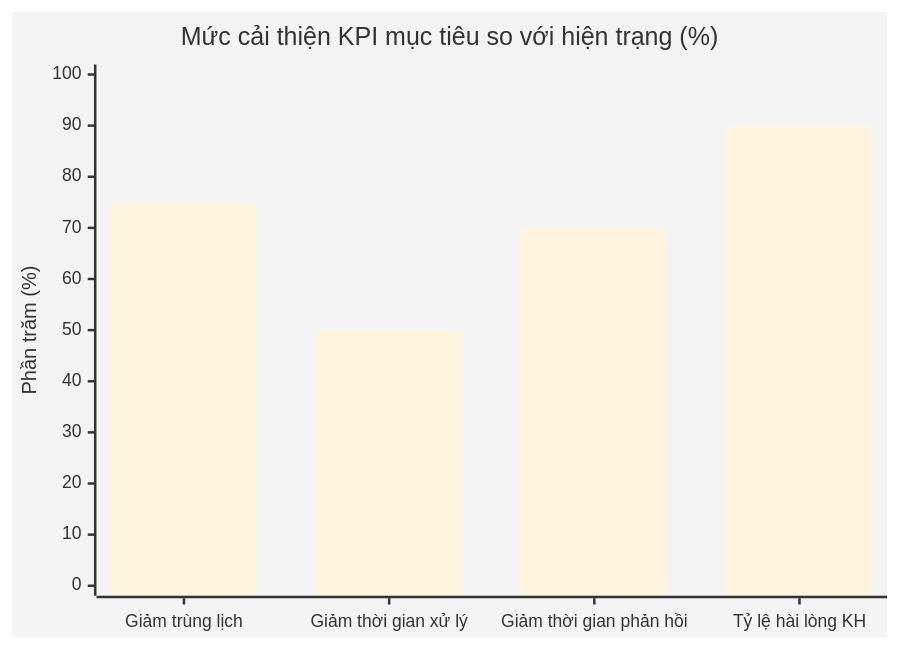
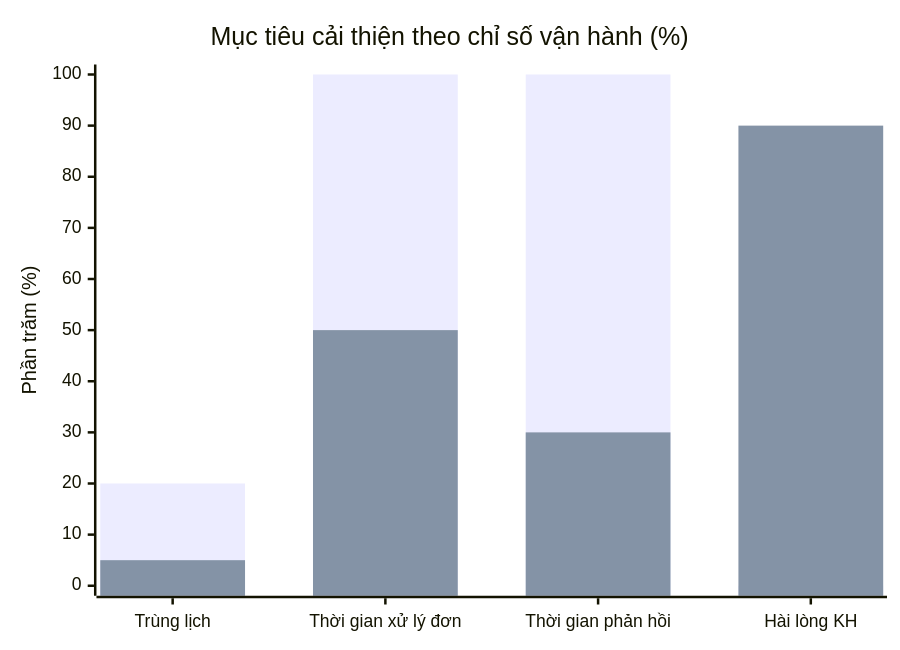
The first of 3 diagrams in README.md (QAnh299/Studio-STARGAZER), drawn with Mermaid before and after one commit. The commit also changed other lines of this file, not shown here.

````diff
--- a/README.md
+++ b/README.md
@@ -38,8 +36,8 @@
 ```mermaid
-%%{init: {'theme': 'base'} }%%
 xychart-beta
-    title "Mức cải thiện KPI mục tiêu so với hiện trạng (%)"
-    x-axis ["Giảm trùng lịch", "Giảm thời gian xử lý", "Giảm thời gian phản hồi", "Tỷ lệ hài lòng KH"]
+    title "Mục tiêu cải thiện theo chỉ số vận hành (%)"
+    x-axis ["Trùng lịch", "Thời gian xử lý đơn", "Thời gian phản hồi", "Hài lòng KH"]
     y-axis "Phần trăm (%)" 0 --> 100
-    bar [75, 50, 70, 90]
+    bar "Hiện trạng" [20, 100, 100, 0]
+    bar "Mục tiêu" [5, 50, 30, 90]
 ```
````
